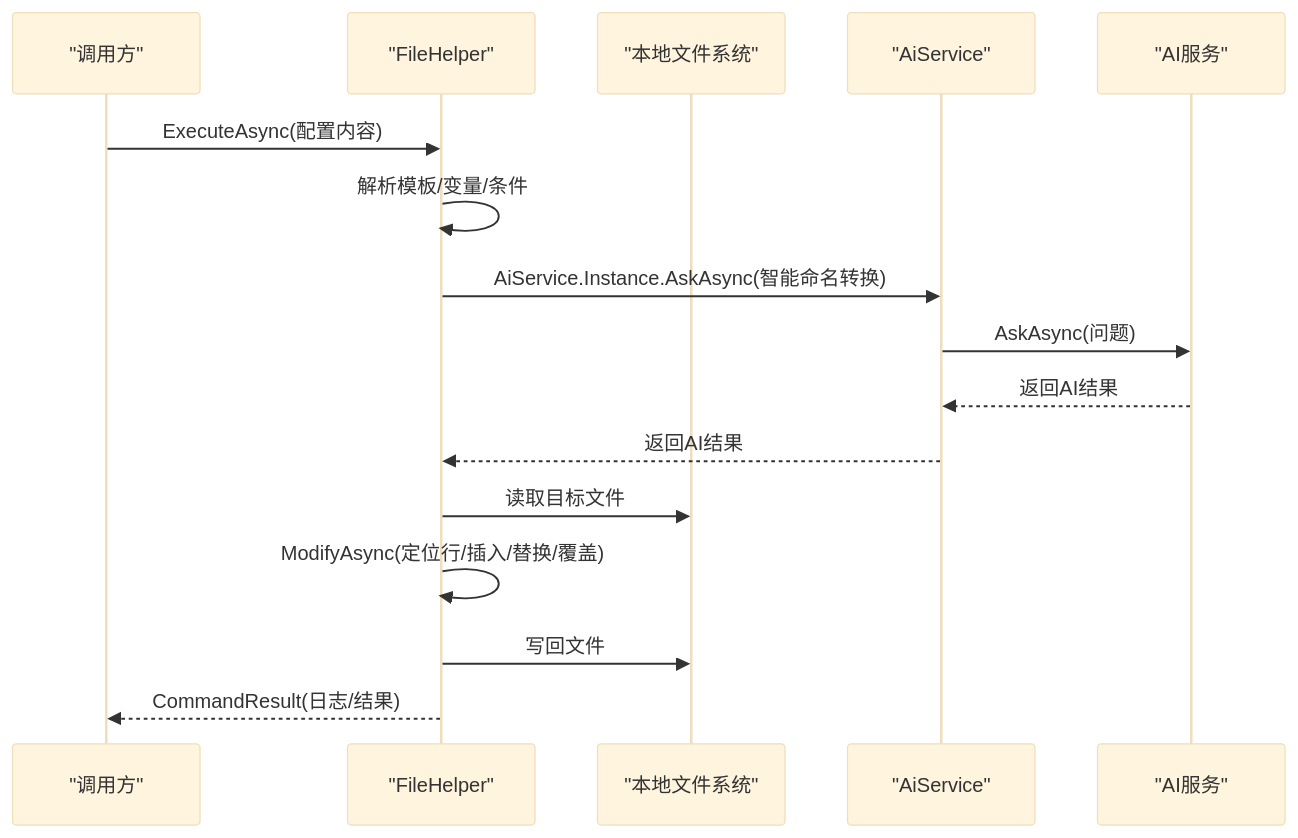
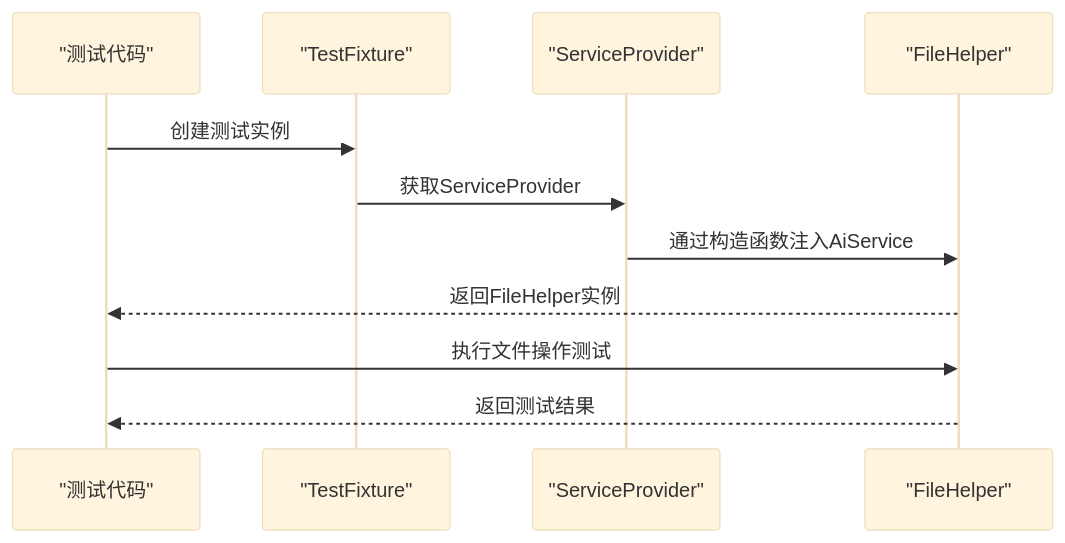
The seventh of 7 diagrams in .qoder/repowiki/zh/content/工具库详解/文件操作工具.md (Sosososolong/AirGo), drawn with Mermaid (base theme) before and after one commit. The commit also changed other lines of this file and 13 other files, not shown here.

````diff
--- a/.qoder/repowiki/zh/content/工具库详解/文件操作工具.md
+++ b/.qoder/repowiki/zh/content/工具库详解/文件操作工具.md
@@ -407,18 +333,13 @@
 ```mermaid
 sequenceDiagram
-participant Caller as "调用方"
+participant Test as "测试代码"
+participant TF as "TestFixture"
+participant SP as "ServiceProvider"
 participant FH as "FileHelper"
-participant FS as "本地文件系统"
-participant AS as "AiService"
-participant AIS as "AI服务"
-Caller->>FH : ExecuteAsync(配置内容)
-FH->>FH : 解析模板/变量/条件
-FH->>AS : AiService.Instance.AskAsync(智能命名转换)
-AS->>AIS : AskAsync(问题)
-AIS-->>AS : 返回AI结果
-AS-->>FH : 返回AI结果
-FH->>FS : 读取目标文件
-FH->>FH : ModifyAsync(定位行/插入/替换/覆盖)
-FH->>FS : 写回文件
-FH-->>Caller : CommandResult(日志/结果)
+Test->>TF : 创建测试实例
+TF->>SP : 获取ServiceProvider
+SP->>FH : 通过构造函数注入AiService
+FH-->>Test : 返回FileHelper实例
+Test->>FH : 执行文件操作测试
+FH-->>Test : 返回测试结果
 ```
````
